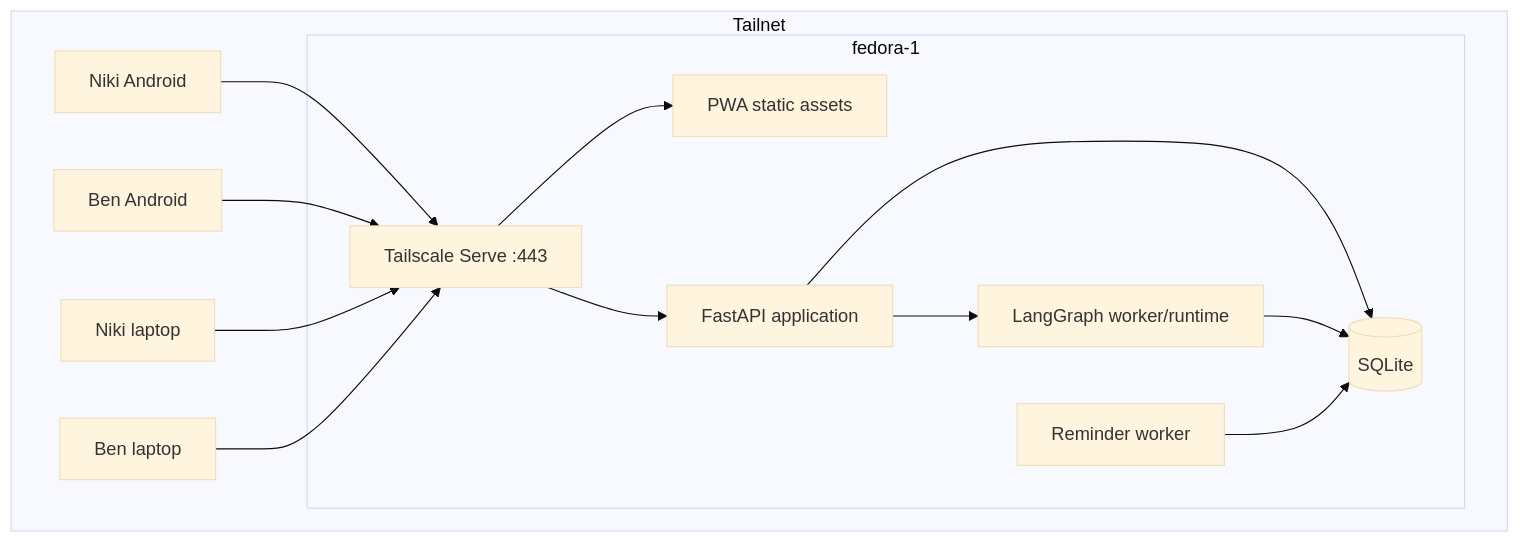
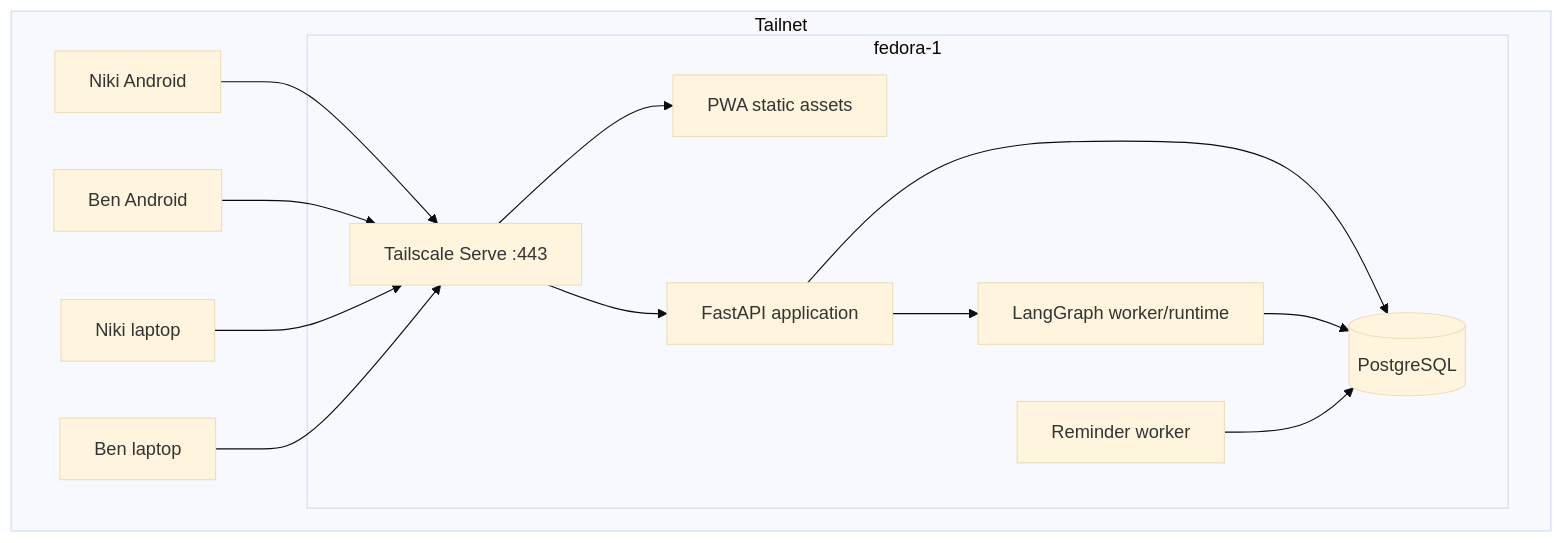
One commit to nikicrow/garmin-notes-lists-and-reminders changed the second of 7 diagrams in docs/architecture.md. Above: the diagram before and after it, drawn with Mermaid (base theme). The commit also changed other lines of this file and 2 other files, not shown here.

Commit message:
docs: address architecture review feedback

````diff
--- a/docs/architecture.md
+++ b/docs/architecture.md
@@ -96,28 +97,28 @@
 ```mermaid
 flowchart TB
     subgraph Tailnet
         subgraph FEDORA1[fedora-1]
             SERVE[Tailscale Serve :443]
             WEB[PWA static assets]
             API[FastAPI application]
             AGENT[LangGraph worker/runtime]
             REMINDER[Reminder worker]
-            DB[(SQLite)]
+            DB[(PostgreSQL)]
         end
         PHONE1[Niki Android]
         PHONE2[Ben Android]
         LAPTOP1[Niki laptop]
         LAPTOP2[Ben laptop]
     end
 
     PHONE1 --> SERVE
     PHONE2 --> SERVE
     LAPTOP1 --> SERVE
     LAPTOP2 --> SERVE
     SERVE --> WEB
     SERVE --> API
     API --> AGENT
     API --> DB
     AGENT --> DB
     REMINDER --> DB
 ```
````
